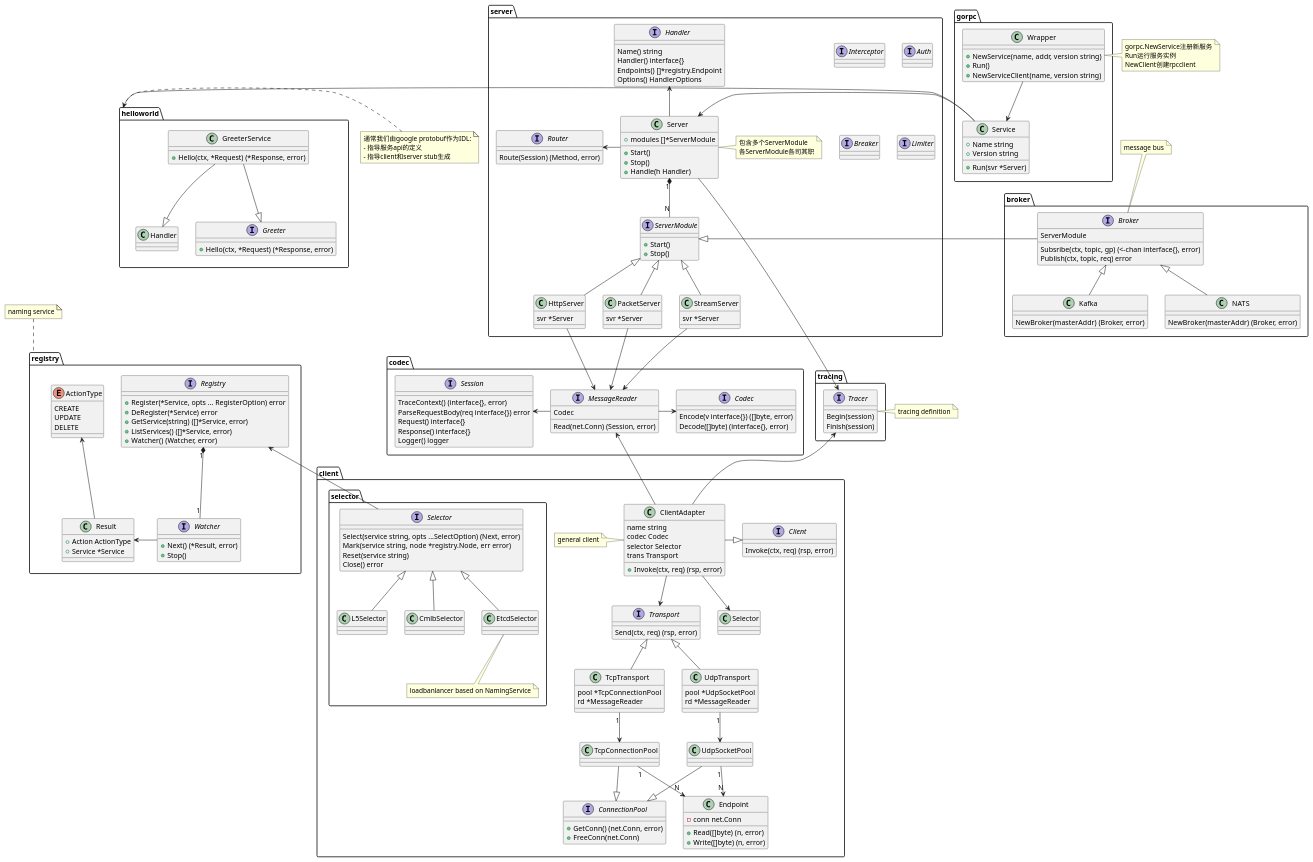
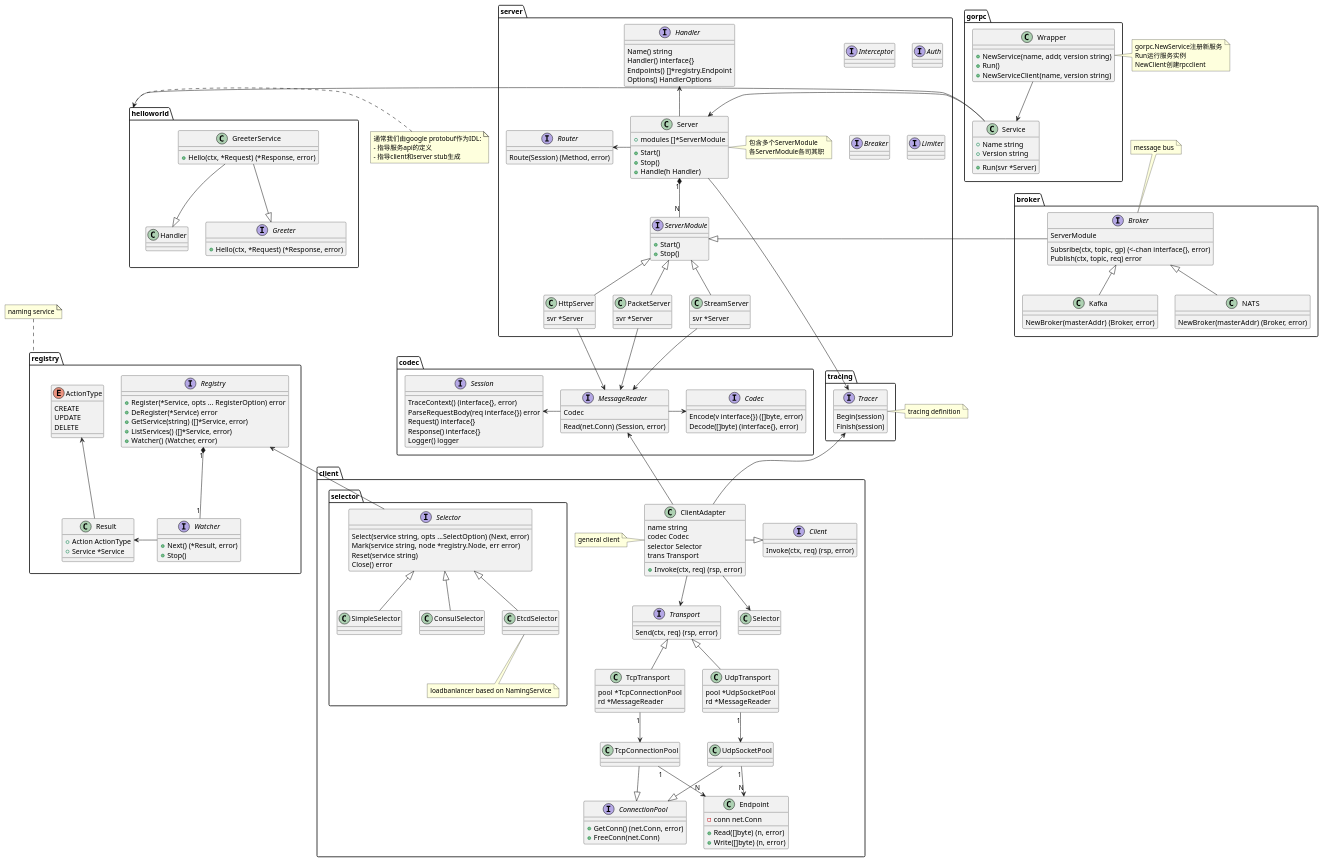
Before and after one commit to hitzhangjie/gorpc: the diagram in doc/arch.puml, drawn with PlantUML. The commit also changed 1 other file, not shown here.

Commit message:
fix: update selector

```diff
--- a/doc/arch.puml
+++ b/doc/arch.puml
@@ -202,8 +202,8 @@
 	        Close() error
         }
 
-        L5Selector -up-|> Selector
-        CmlbSelector -up-|> Selector
+        SimpleSelector -up-|> Selector
+        ConsulSelector -up-|> Selector
         EtcdSelector -up-|> Selector
         Selector -up-> Registry
         note bottom of EtcdSelector
```
